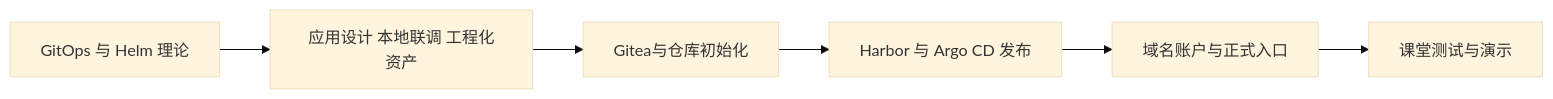
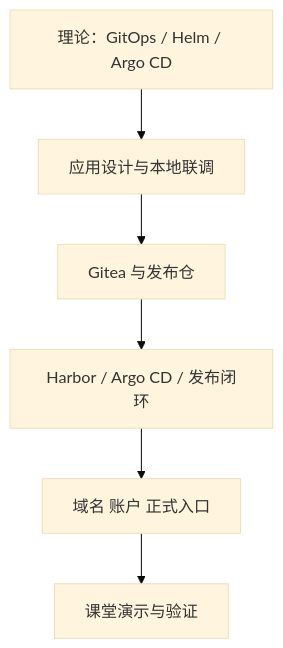
The diagram in k8s/06-gitops-and-automation/docs/01_chapter_guide.md (hwang-protocol/docker_k8s_2026), drawn with Mermaid (base theme) before and after one commit. The commit also changed other lines of this file and 6 other files, not shown here.

````diff
--- a/k8s/06-gitops-and-automation/docs/01_chapter_guide.md
+++ b/k8s/06-gitops-and-automation/docs/01_chapter_guide.md
@@ -20,15 +82,15 @@
 ```mermaid
-flowchart LR
-  theory[GitOps 与 Helm 理论]
-  preview[应用设计 本地联调 工程化资产]
-  gitea[Gitea与仓库初始化]
-  release[Harbor 与 Argo CD 发布]
-  entry[域名账户与正式入口]
-  demo[课堂测试与演示]
+flowchart TD
+  theory[理论：GitOps / Helm / Argo CD]
+  app[应用设计与本地联调]
+  gitea[Gitea 与发布仓]
+  release[Harbor / Argo CD / 发布闭环]
+  entry[域名 账户 正式入口]
+  demo[课堂演示与验证]
 
-  theory --> preview
-  preview --> gitea
+  theory --> app
+  app --> gitea
   gitea --> release
   release --> entry
   entry --> demo
 ```
````
